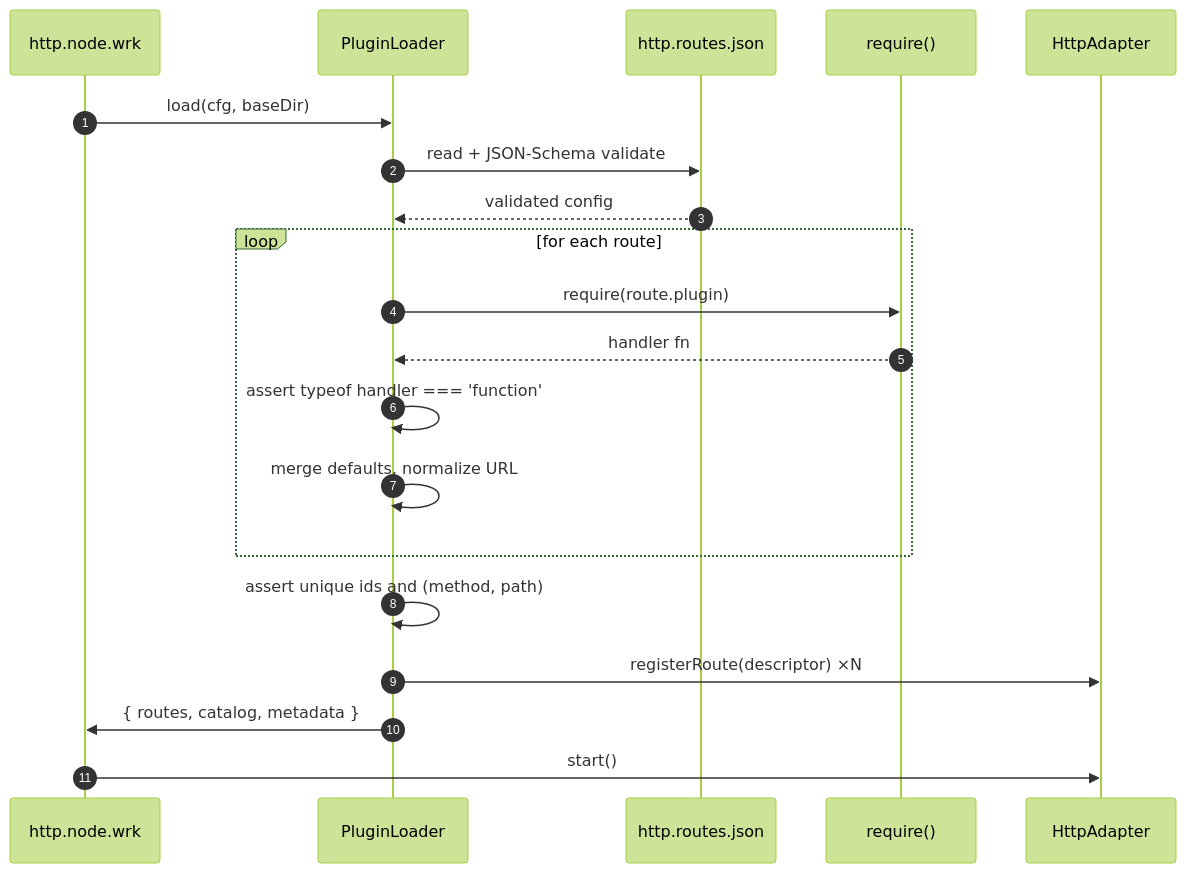
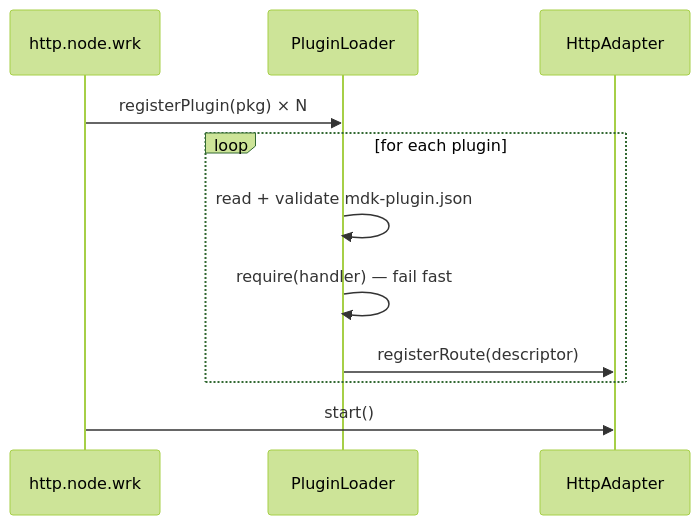
Before and after one commit to Gio-Galt/mdk-be: the second of 2 diagrams in docs/hld-app-node-plugins.md, drawn with Mermaid (forest theme). The commit also changed other lines of this file and 1 other file, not shown here.

First line of the commit message:
Update plugin documentation and add example manifest

````diff
--- a/docs/hld-app-node-plugins.md
+++ b/docs/hld-app-node-plugins.md
@@ -397,23 +255,14 @@
 ```mermaid
 sequenceDiagram
-    autonumber
     participant Wrk as http.node.wrk
     participant L as PluginLoader
-    participant Cfg as http.routes.json
-    participant FS as require()
     participant A as HttpAdapter
 
-    Wrk->>L: load(cfg, baseDir)
-    L->>Cfg: read + JSON-Schema validate
-    Cfg-->>L: validated config
-    loop for each route
-        L->>FS: require(route.plugin)
-        FS-->>L: handler fn
-        L->>L: assert typeof handler === 'function'
-        L->>L: merge defaults, normalize URL
+    Wrk->>L: registerPlugin(pkg) × N
+    loop for each plugin
+        L->>L: read + validate mdk-plugin.json
+        L->>L: require(handler) — fail fast
+        L->>A: registerRoute(descriptor)
     end
-    L->>L: assert unique ids and (method, path)
-    L->>A: registerRoute(descriptor) ×N
-    L->>Wrk: { routes, catalog, metadata }
     Wrk->>A: start()
 ```
````
